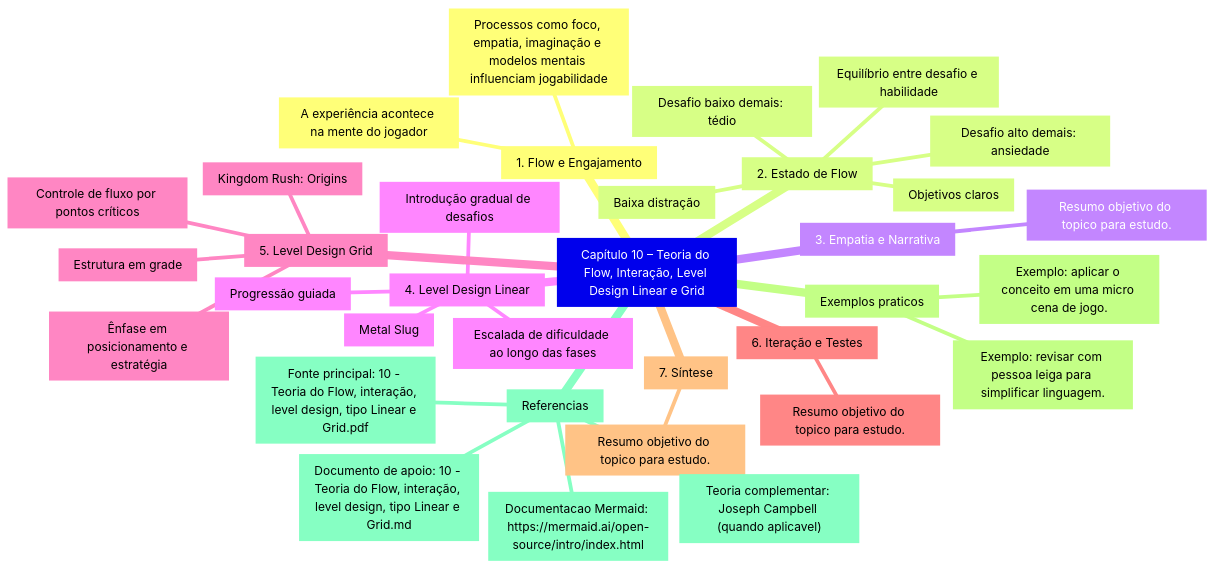
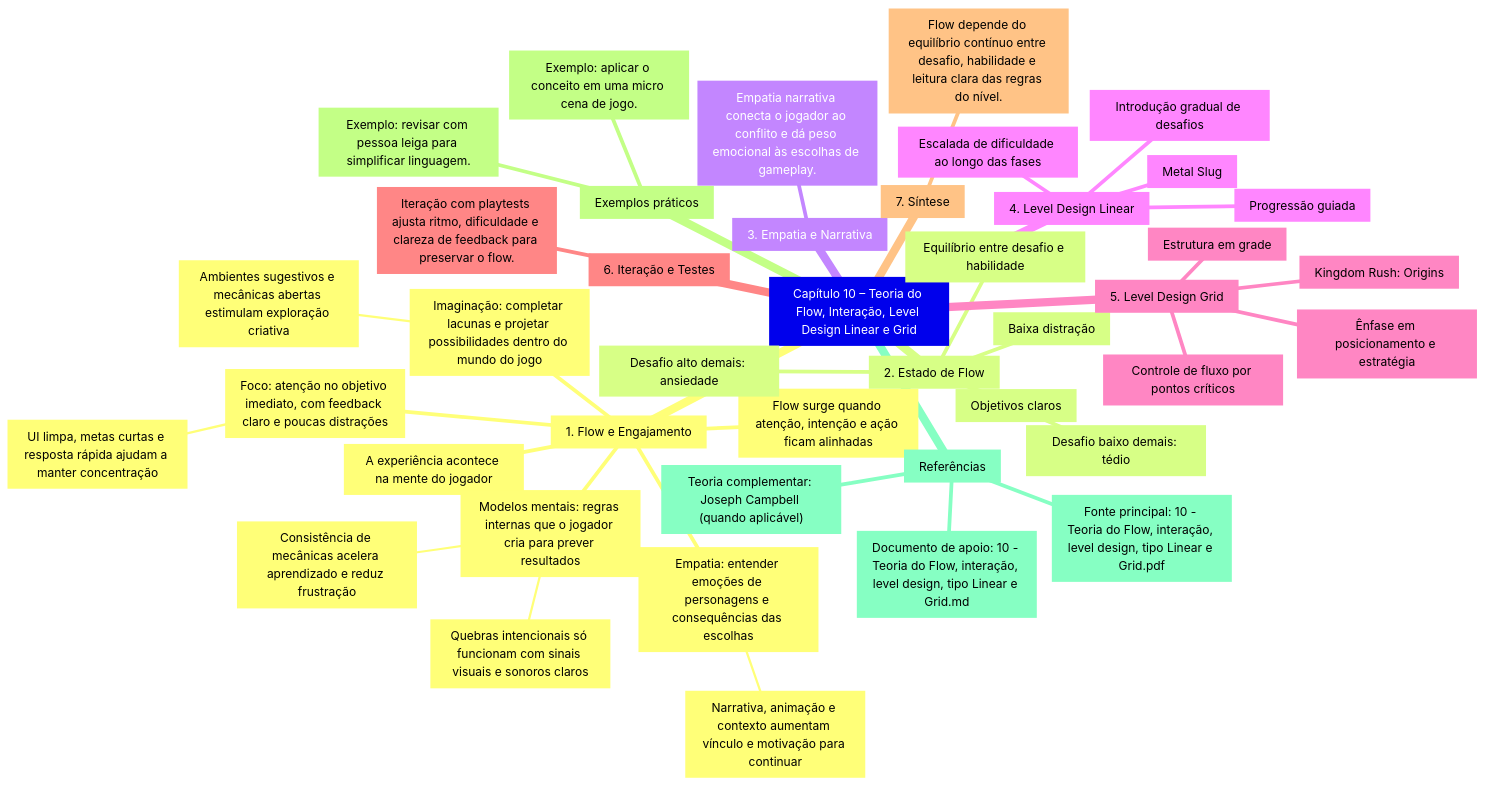
Before and after one commit to HillGnur/gdv-estudos: the diagram in FASE02/10 - Teoria do Flow, interação, level design, tipo Linear e Grid.mmd, drawn with Mermaid. The commit also changed other lines of this file and 25 other files, not shown here.

```diff
--- a/FASE02/10 - Teoria do Flow, interação, level design, tipo Linear e Grid.mmd
+++ b/FASE02/10 - Teoria do Flow, interação, level design, tipo Linear e Grid.mmd
@@ -1,35 +1,43 @@
 mindmap
   root["Capítulo 10 – Teoria do Flow, Interação, Level Design Linear e Grid"]
     s1["1. Flow e Engajamento"]
       s1_1["A experiência acontece na mente do jogador"]
-      s1_2["Processos como foco, empatia, imaginação e modelos mentais influenciam jogabilidade"]
+      s1_2["Flow surge quando atenção, intenção e ação ficam alinhadas"]
+      s1_foco["Foco: atenção no objetivo imediato, com feedback claro e poucas distrações"]
+        s1_foco_1["UI limpa, metas curtas e resposta rápida ajudam a manter concentração"]
+      s1_empatia["Empatia: entender emoções de personagens e consequências das escolhas"]
+        s1_empatia_1["Narrativa, animação e contexto aumentam vínculo e motivação para continuar"]
+      s1_imaginacao["Imaginação: completar lacunas e projetar possibilidades dentro do mundo do jogo"]
+        s1_imaginacao_1["Ambientes sugestivos e mecânicas abertas estimulam exploração criativa"]
+      s1_modelos["Modelos mentais: regras internas que o jogador cria para prever resultados"]
+        s1_modelos_1["Consistência de mecânicas acelera aprendizado e reduz frustração"]
+        s1_modelos_2["Quebras intencionais só funcionam com sinais visuais e sonoros claros"]
     s2["2. Estado de Flow"]
       s2_1["Equilíbrio entre desafio e habilidade"]
       s2_2["Desafio alto demais: ansiedade"]
       s2_3["Desafio baixo demais: tédio"]
       s2_4["Objetivos claros"]
       s2_5["Baixa distração"]
     s3["3. Empatia e Narrativa"]
-      s3_1["Resumo objetivo do topico para estudo."]
+      s3_1["Empatia narrativa conecta o jogador ao conflito e dá peso emocional às escolhas de gameplay."]
     s4["4. Level Design Linear"]
       s4_1["Progressão guiada"]
       s4_2["Introdução gradual de desafios"]
       s4_3["Escalada de dificuldade ao longo das fases"]
       s4_4["Metal Slug"]
     s5["5. Level Design Grid"]
       s5_1["Estrutura em grade"]
       s5_2["Ênfase em posicionamento e estratégia"]
       s5_3["Controle de fluxo por pontos críticos"]
       s5_4["Kingdom Rush: Origins"]
     s6["6. Iteração e Testes"]
-      s6_1["Resumo objetivo do topico para estudo."]
+      s6_1["Iteração com playtests ajusta ritmo, dificuldade e clareza de feedback para preservar o flow."]
     s7["7. Síntese"]
-      s7_1["Resumo objetivo do topico para estudo."]
-    exemplos["Exemplos praticos"]
+      s7_1["Flow depende do equilíbrio contínuo entre desafio, habilidade e leitura clara das regras do nível."]
+    exemplos["Exemplos práticos"]
       ex1["Exemplo: aplicar o conceito em uma micro cena de jogo."]
       ex2["Exemplo: revisar com pessoa leiga para simplificar linguagem."]
-    refs["Referencias"]
+    refs["Referências"]
       ref1["Fonte principal: 10 - Teoria do Flow, interação, level design, tipo Linear e Grid.pdf"]
       ref2["Documento de apoio: 10 - Teoria do Flow, interação, level design, tipo Linear e Grid.md"]
-      ref3["Teoria complementar: Joseph Campbell (quando aplicavel)"]
-      ref4["Documentacao Mermaid: https://mermaid.ai/open-source/intro/index.html"]
+      ref3["Teoria complementar: Joseph Campbell (quando aplicável)"]
```
